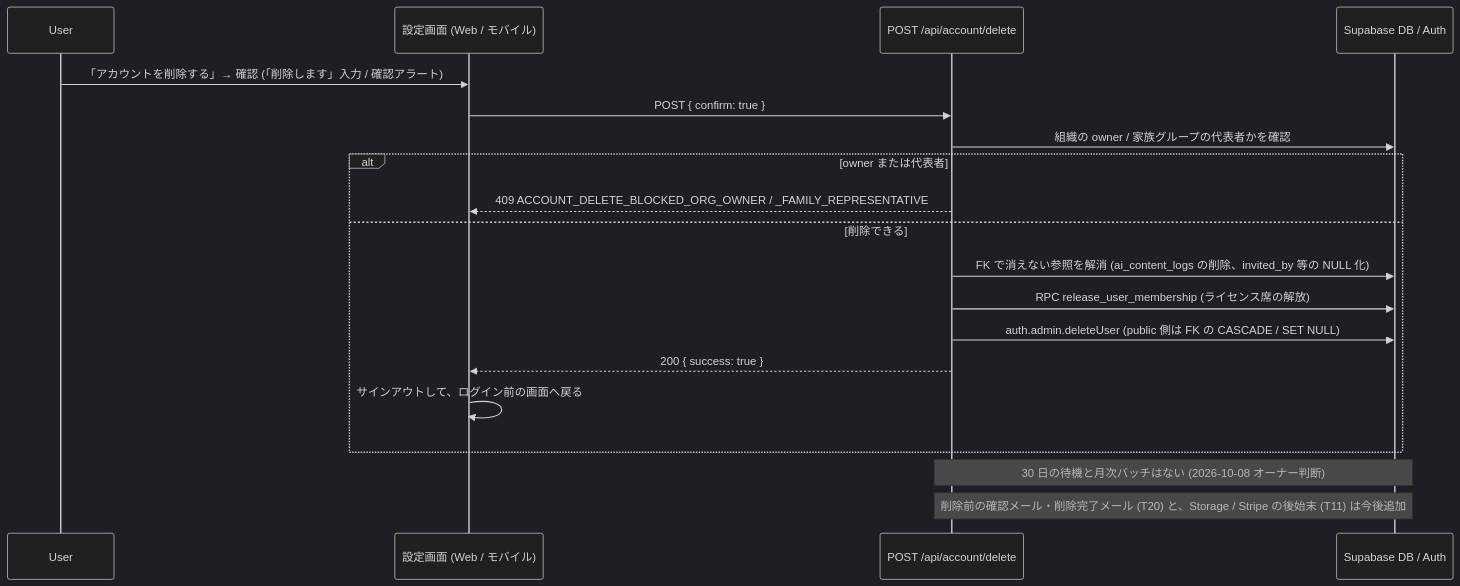
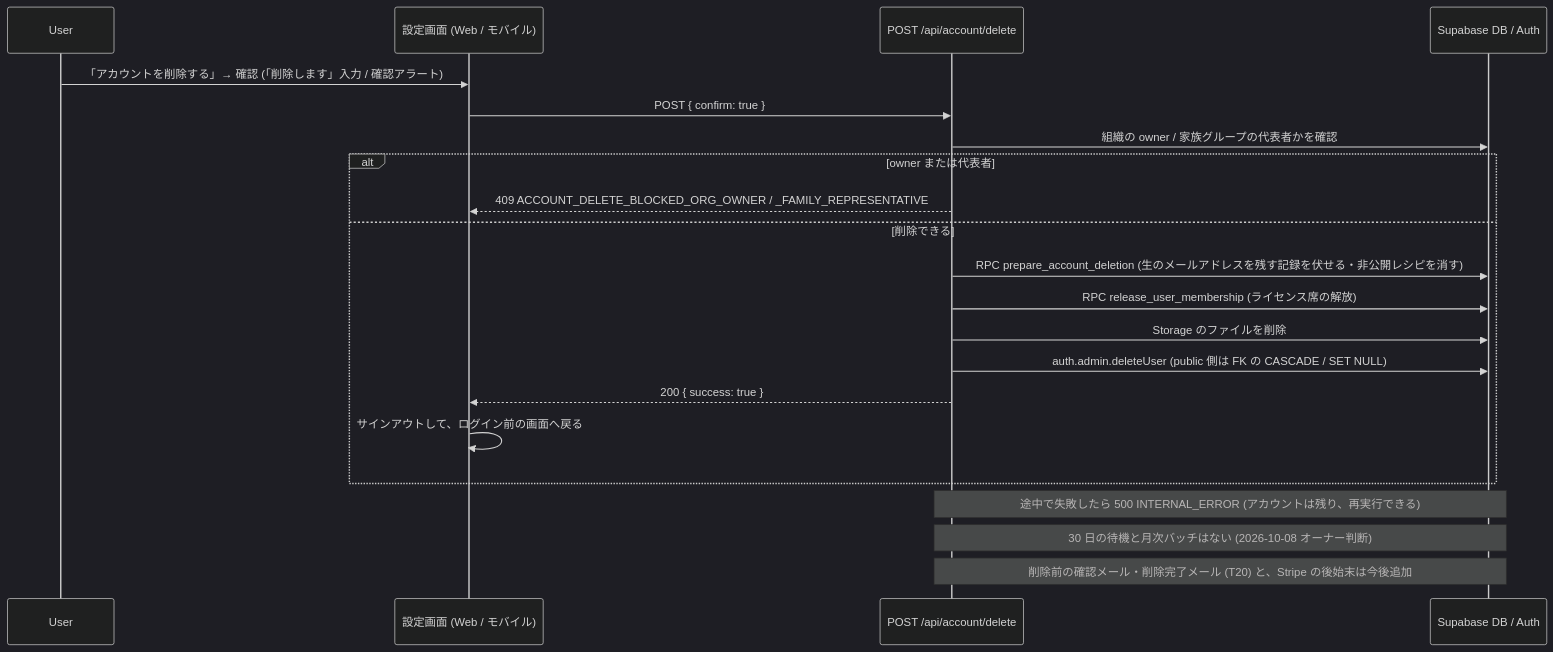
One commit to DaisukeHori/homegohan-app changed the diagram in docs/design/operator/09-runbook.md. Above: the diagram before and after it, drawn with Mermaid (dark theme). The commit also changed other lines of this file and 22 other files, not shown here.

````diff
--- a/docs/design/operator/09-runbook.md
+++ b/docs/design/operator/09-runbook.md
@@ -689,23 +690,25 @@
 ```mermaid
 sequenceDiagram
   participant User
   participant App as 設定画面 (Web / モバイル)
   participant API as POST /api/account/delete
   participant DB as Supabase DB / Auth
 
   User->>App: 「アカウントを削除する」→ 確認 (「削除します」入力 / 確認アラート)
   App->>API: POST { confirm: true }
   API->>DB: 組織の owner / 家族グループの代表者かを確認
   alt owner または代表者
     API-->>App: 409 ACCOUNT_DELETE_BLOCKED_ORG_OWNER / _FAMILY_REPRESENTATIVE
   else 削除できる
-    API->>DB: FK で消えない参照を解消 (ai_content_logs の削除、invited_by 等の NULL 化)
+    API->>DB: RPC prepare_account_deletion (生のメールアドレスを残す記録を伏せる・非公開レシピを消す)
     API->>DB: RPC release_user_membership (ライセンス席の解放)
+    API->>DB: Storage のファイルを削除
     API->>DB: auth.admin.deleteUser (public 側は FK の CASCADE / SET NULL)
     API-->>App: 200 { success: true }
     App->>App: サインアウトして、ログイン前の画面へ戻る
   end
+  Note over API,DB: 途中で失敗したら 500 INTERNAL_ERROR (アカウントは残り、再実行できる)
 
   Note over API,DB: 30 日の待機と月次バッチはない (2026-10-08 オーナー判断)
-  Note over API,DB: 削除前の確認メール・削除完了メール (T20) と、Storage / Stripe の後始末 (T11) は今後追加
+  Note over API,DB: 削除前の確認メール・削除完了メール (T20) と、Stripe の後始末は今後追加
 ```
````
